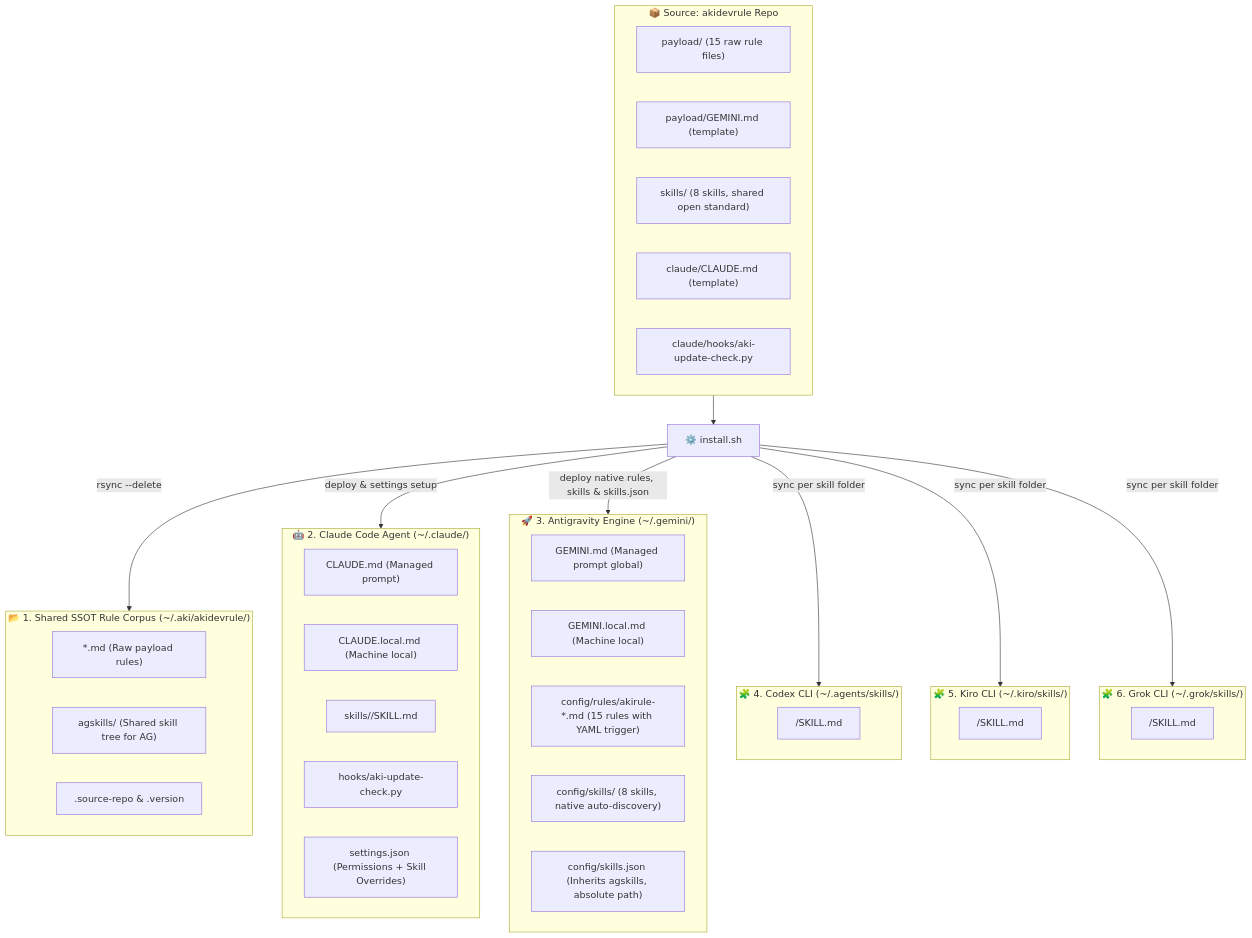
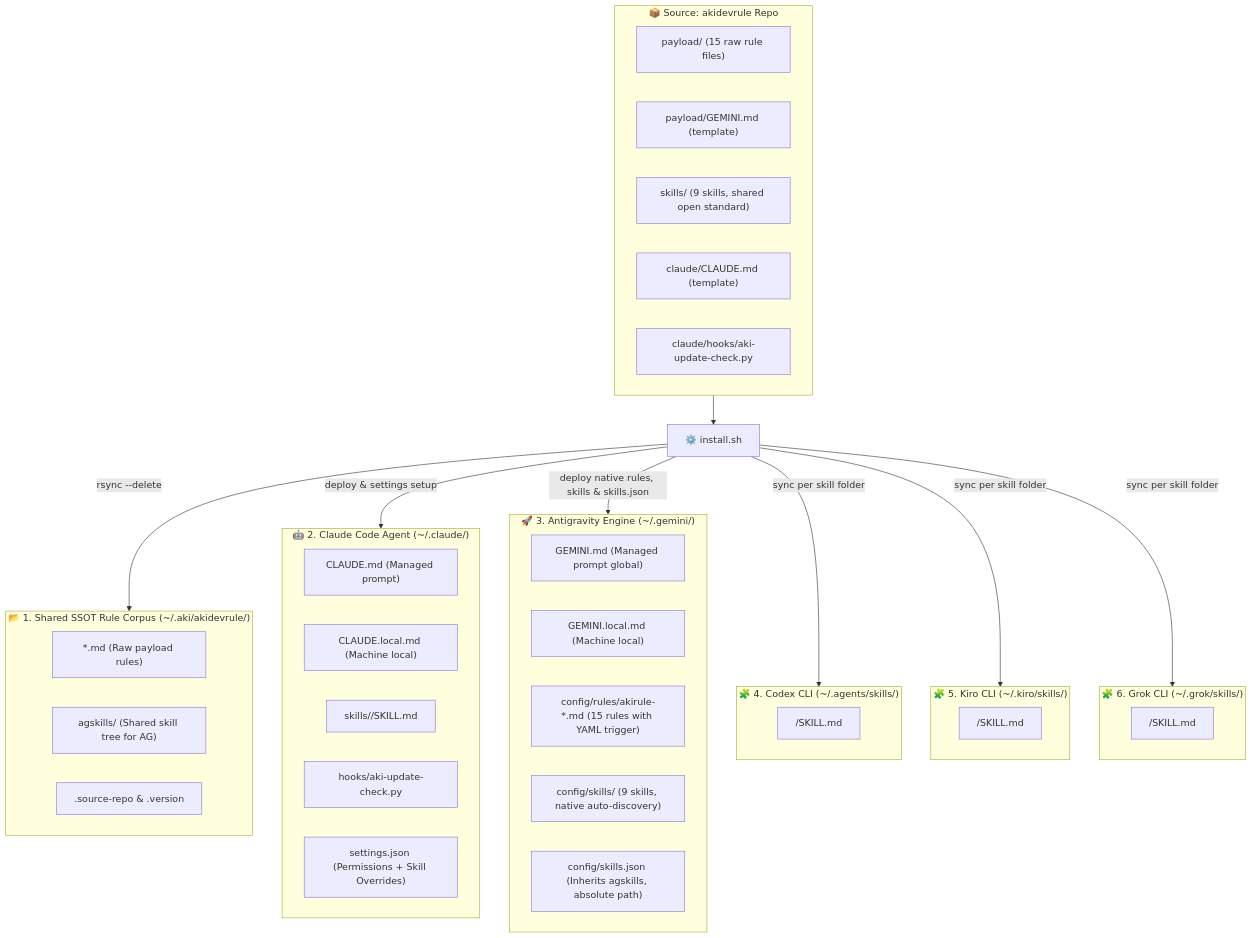
The diagram in README.md (QuachGia1994/akidevrule), drawn with Mermaid before and after one commit. The commit also changed other lines of this file and 15 other files, not shown here.

````diff
--- a/README.md
+++ b/README.md
@@ -113,56 +117,56 @@
 ```mermaid
 flowchart TD
     subgraph SRC["📦 Source: akidevrule Repo"]
         PAYLOAD["payload/ (15 raw rule files)"]
         PGEMINI["payload/GEMINI.md (template)"]
-        CSKILLS["skills/ (8 skills, shared open standard)"]
+        CSKILLS["skills/ (9 skills, shared open standard)"]
         CCLAUDE["claude/CLAUDE.md (template)"]
         CHOOKS["claude/hooks/aki-update-check.py"]
     end
 
     INSTALL["⚙️ install.sh"]
     SRC --> INSTALL
 
     %% TARGET 1: ~/.aki/akidevrule/
     subgraph T1["📂 1. Shared SSOT Rule Corpus (~/.aki/akidevrule/)"]
         R_CORPUS["*.md (Raw payload rules)"]
         R_AGSKILLS["agskills/ (Shared skill tree for AG)"]
         R_META[".source-repo & .version"]
     end
 
     %% TARGET 2: ~/.claude/
     subgraph T2["🤖 2. Claude Code Agent (~/.claude/)"]
         C_MD["CLAUDE.md (Managed prompt)"]
         C_LOCAL["CLAUDE.local.md (Machine local)"]
         C_SKILLS["skills/<skill_name>/SKILL.md"]
         C_HOOKS["hooks/aki-update-check.py"]
         C_SET["settings.json (Permissions + Skill Overrides)"]
     end
 
     %% TARGET 3: ~/.gemini/
     subgraph T3["🚀 3. Antigravity Engine (~/.gemini/)"]
         G_MD["GEMINI.md (Managed prompt global)"]
         G_LOCAL["GEMINI.local.md (Machine local)"]
         G_RULES["config/rules/akirule-*.md (15 rules with YAML trigger)"]
-        G_SKILLS["config/skills/ (8 skills, native auto-discovery)"]
+        G_SKILLS["config/skills/ (9 skills, native auto-discovery)"]
         G_SJSON["config/skills.json (Inherits agskills, absolute path)"]
     end
 
     %% TARGETS 4-6: other CLIs that natively consume the SKILL.md standard
     subgraph T4["🧩 4. Codex CLI (~/.agents/skills/)"]
         X_SKILLS["<skill_name>/SKILL.md"]
     end
     subgraph T5["🧩 5. Kiro CLI (~/.kiro/skills/)"]
         K_SKILLS["<skill_name>/SKILL.md"]
     end
     subgraph T6["🧩 6. Grok CLI (~/.grok/skills/)"]
         R_SKILLS["<skill_name>/SKILL.md"]
     end
 
     INSTALL -->|"rsync --delete"| T1
     INSTALL -->|"deploy & settings setup"| T2
     INSTALL -->|"deploy native rules, skills & skills.json"| T3
     INSTALL -->|"sync per skill folder"| T4
     INSTALL -->|"sync per skill folder"| T5
     INSTALL -->|"sync per skill folder"| T6
 ```
````
